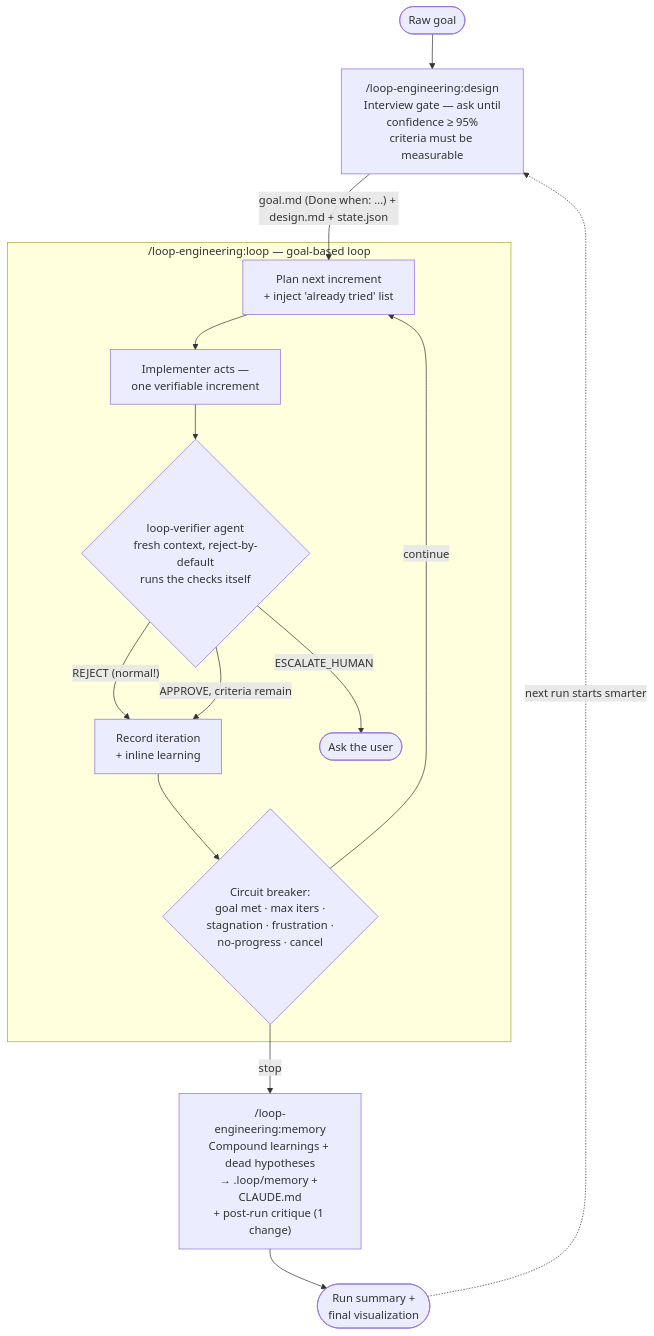
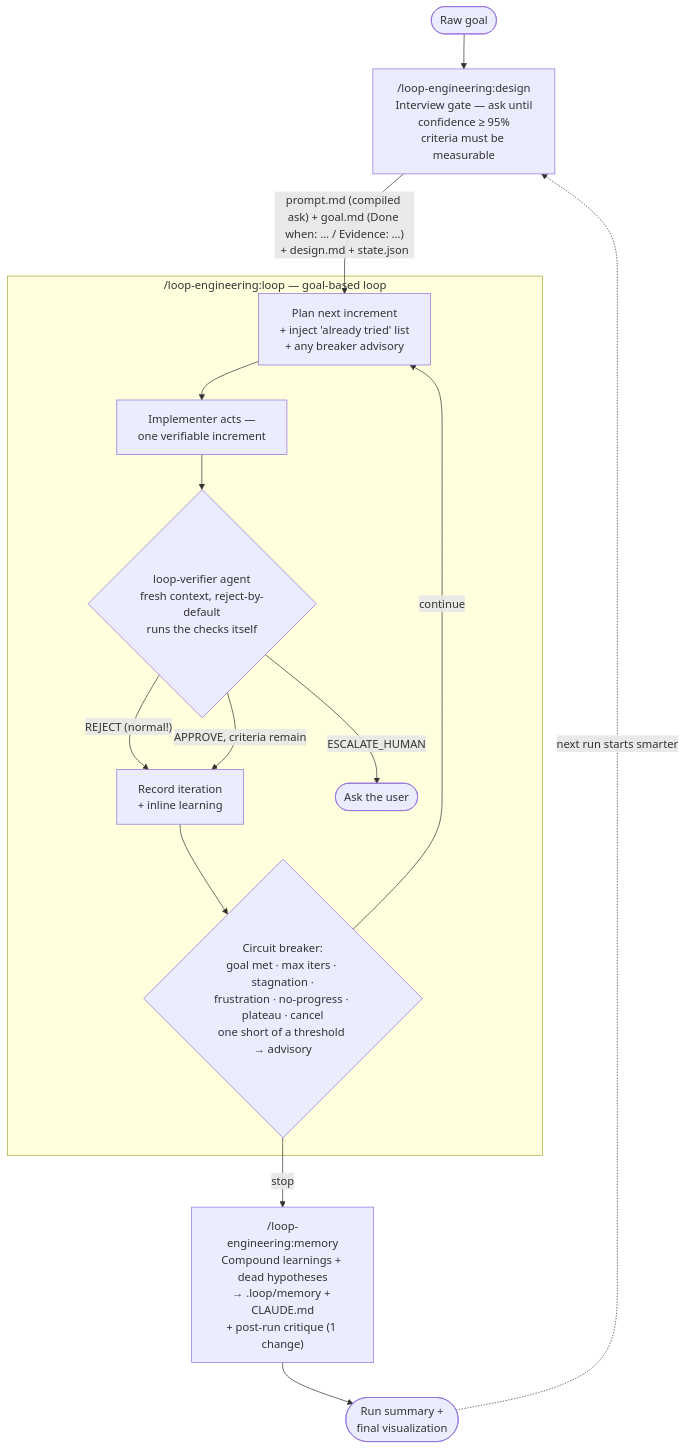
One commit to huvii174/loop-engineering-plugin changed the first of 3 diagrams in README.md. Above: the diagram before and after it, drawn with Mermaid. The commit also changed other lines of this file and 21 other files, not shown here.

First line of the commit message:
v0.13.0 — prompt compilation, honest breaker counters, evidence routing

````diff
--- a/README.md
+++ b/README.md
@@ -47,17 +67,17 @@
 ```mermaid
 flowchart TD
     G([Raw goal]) --> D["/loop-engineering:design<br/>Interview gate — ask until<br/>confidence ≥ 95%<br/>criteria must be measurable"]
-    D -->|"goal.md (Done when: …) + design.md + state.json"| P[Plan next increment<br/>+ inject 'already tried' list]
+    D -->|"prompt.md (compiled ask) + goal.md (Done when: … / Evidence: …)<br/>+ design.md + state.json"| P[Plan next increment<br/>+ inject 'already tried' list<br/>+ any breaker advisory]
     subgraph LOOP["/loop-engineering:loop — goal-based loop"]
         P --> A[Implementer acts —<br/>one verifiable increment]
         A --> V{loop-verifier agent<br/>fresh context, reject-by-default<br/>runs the checks itself}
         V -- "REJECT (normal!)" --> R[Record iteration<br/>+ inline learning]
         V -- "APPROVE, criteria remain" --> R
         V -- ESCALATE_HUMAN --> H([Ask the user])
-        R --> S{Circuit breaker:<br/>goal met · max iters ·<br/>stagnation · frustration ·<br/>no-progress · cancel}
+        R --> S{Circuit breaker:<br/>goal met · max iters · stagnation ·<br/>frustration · no-progress · plateau · cancel<br/>one short of a threshold → advisory}
         S -- continue --> P
     end
     S -- stop --> M["/loop-engineering:memory<br/>Compound learnings + dead hypotheses<br/>→ .loop/memory + CLAUDE.md<br/>+ post-run critique (1 change)"]
     M --> Z([Run summary +<br/>final visualization])
     Z -.->|next run starts smarter| D
 ```
````
